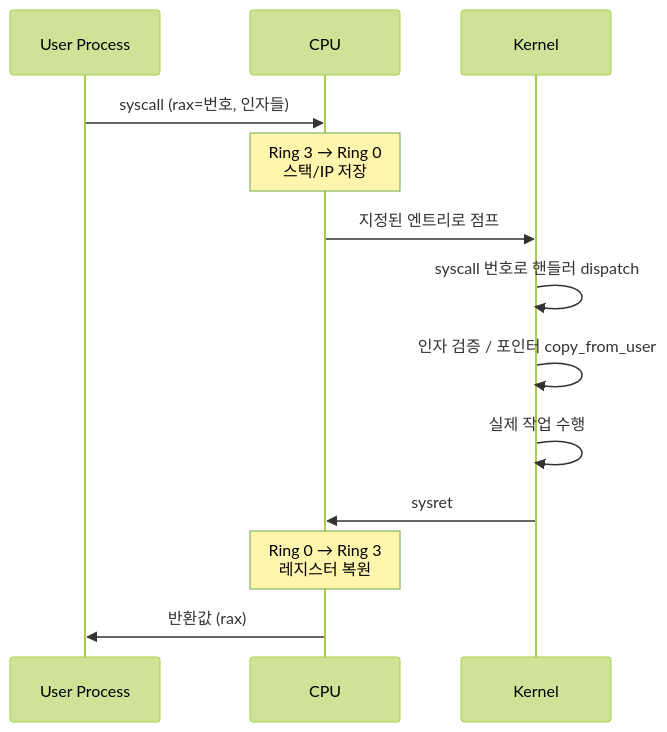
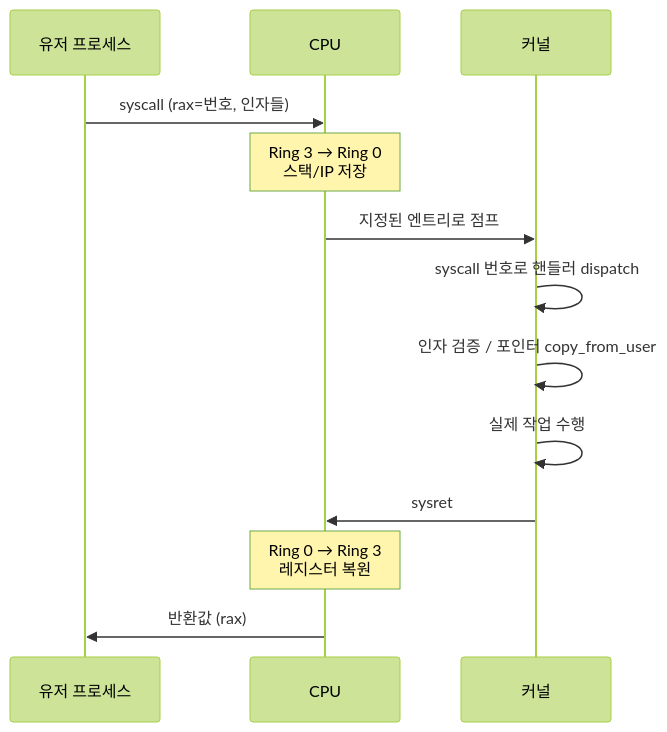
Before and after one commit to Jungle-12-303/wk07_6: the diagram in docs/blog/concepts/09-user-kernel-mode-and-syscall.md, drawn with Mermaid (forest theme). The commit also changed other lines of this file and 26 other files, not shown here.

First line of the commit message:
docs: 블로그 소제목·Mermaid·ASCII 박스 가독성 정비

````diff
--- a/docs/blog/concepts/09-user-kernel-mode-and-syscall.md
+++ b/docs/blog/concepts/09-user-kernel-mode-and-syscall.md
@@ -57,15 +54,15 @@
 ```mermaid
 sequenceDiagram
-    participant U as User Process
+    participant U as 유저 프로세스
     participant CPU as CPU
-    participant K as Kernel
+    participant K as 커널
     U->>CPU: syscall (rax=번호, 인자들)
     Note over CPU: Ring 3 → Ring 0<br/>스택/IP 저장
     CPU->>K: 지정된 엔트리로 점프
     K->>K: syscall 번호로 핸들러 dispatch
     K->>K: 인자 검증 / 포인터 copy_from_user
     K->>K: 실제 작업 수행
     K->>CPU: sysret
     Note over CPU: Ring 0 → Ring 3<br/>레지스터 복원
     CPU->>U: 반환값 (rax)
 ```
````
